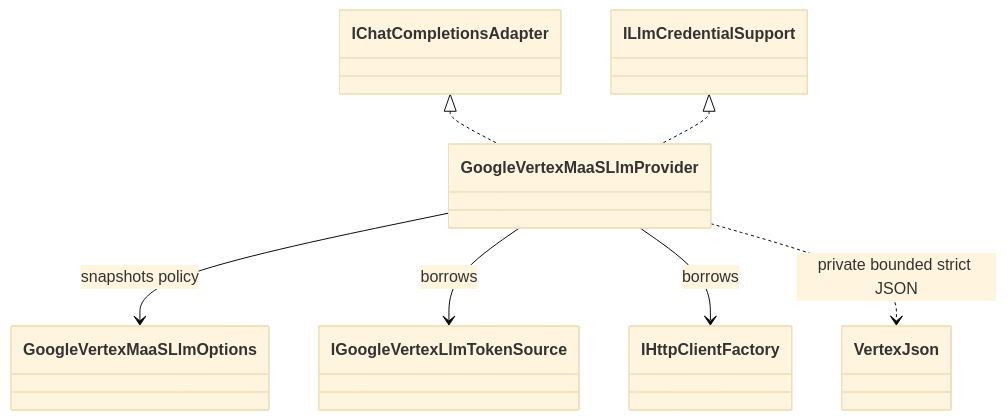
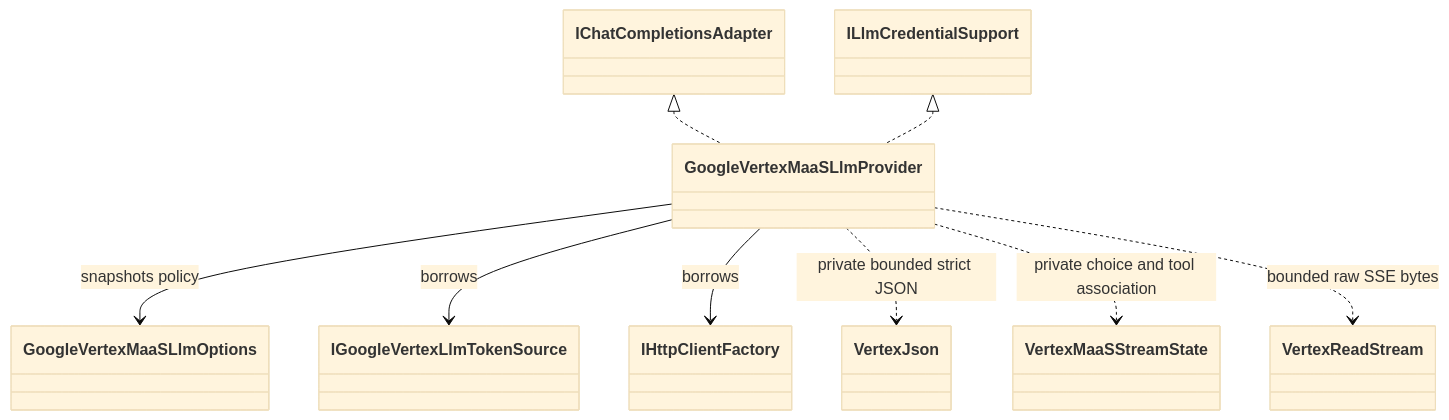
Diagram 38 of 38 in docs/architecture.md (BenLampson/Asgard.Loki), drawn with Mermaid (base theme) before and after one commit. The commit also changed other lines of this file and 20 other files, not shown here.

Commit message:
feat(llm): add native Vertex MaaS Chat SSE lifecycle

````diff
--- a/docs/architecture.md
+++ b/docs/architecture.md
@@ -1085,9 +1085,11 @@
 ```mermaid
 classDiagram
 IChatCompletionsAdapter <|.. GoogleVertexMaaSLlmProvider
 ILlmCredentialSupport <|.. GoogleVertexMaaSLlmProvider
 GoogleVertexMaaSLlmProvider --> GoogleVertexMaaSLlmOptions : snapshots policy
 GoogleVertexMaaSLlmProvider --> IGoogleVertexLlmTokenSource : borrows
 GoogleVertexMaaSLlmProvider --> IHttpClientFactory : borrows
 GoogleVertexMaaSLlmProvider ..> VertexJson : private bounded strict JSON
+GoogleVertexMaaSLlmProvider ..> VertexMaaSStreamState : private choice and tool association
+GoogleVertexMaaSLlmProvider ..> VertexReadStream : bounded raw SSE bytes
 ```
````
